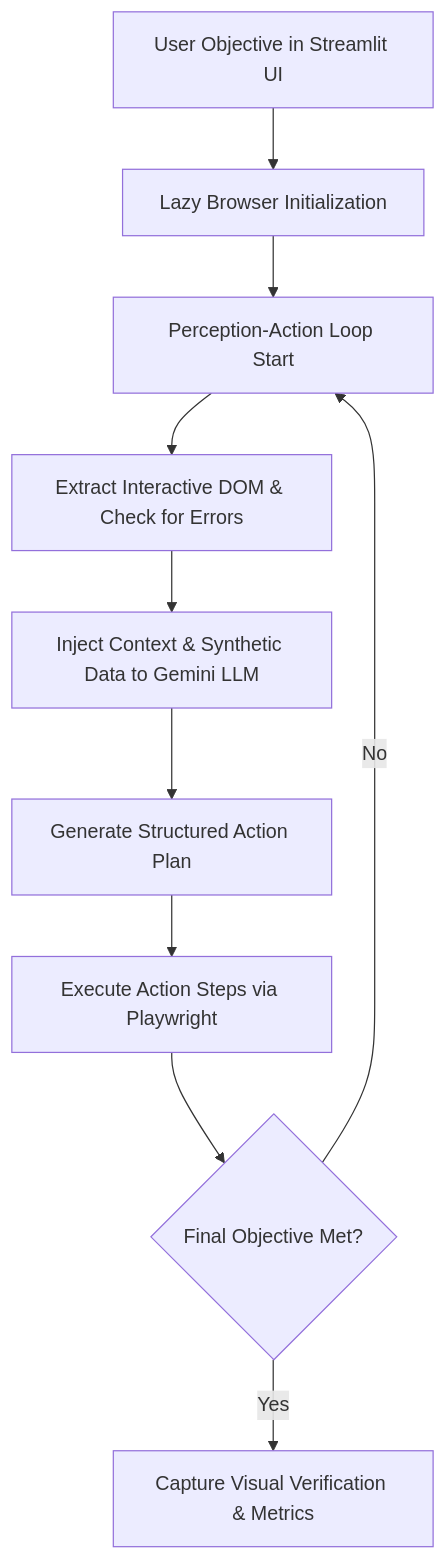
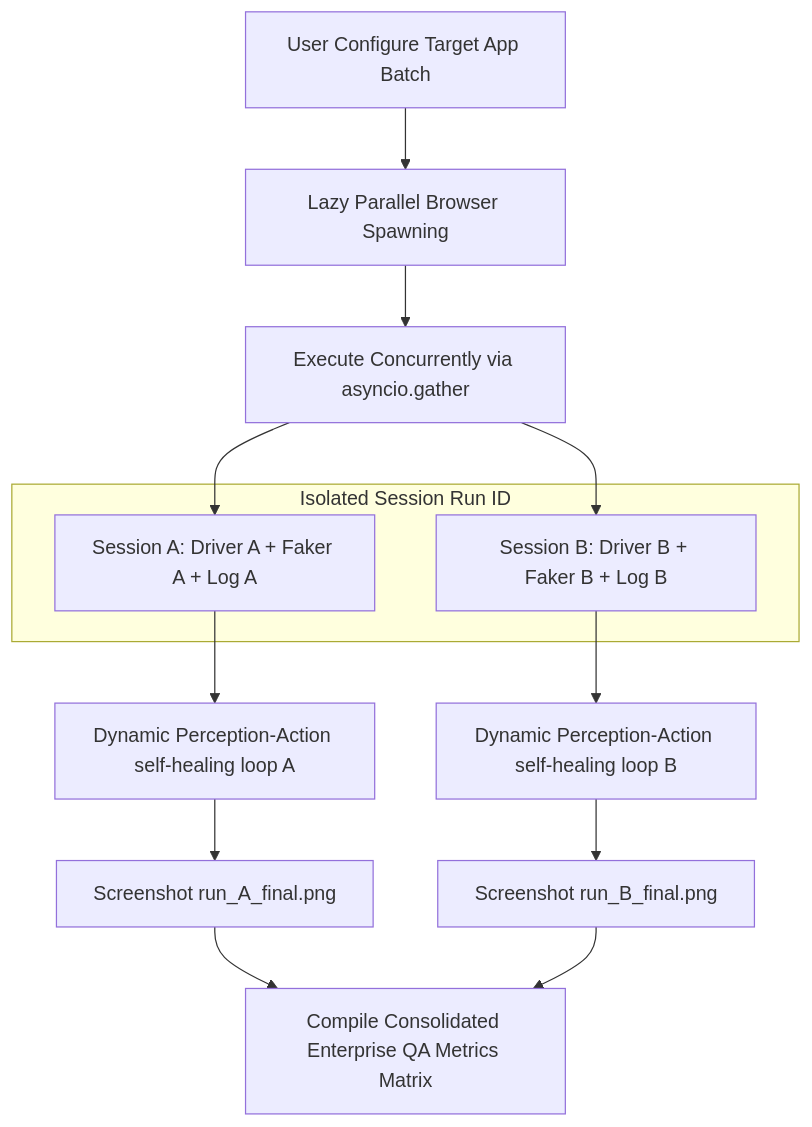
The diagram in README.md (Nikhil-OW/Agentic_AI), drawn with Mermaid before and after one commit. The commit also changed other lines of this file and 1 other file, not shown here.

Commit message:
style: streamline streamlit ui layout with tabular input grids and split screen execution logs

````diff
--- a/README.md
+++ b/README.md
@@ -14,12 +14,17 @@
 ```mermaid
 graph TD
-    A[User Objective in Streamlit UI] --> B[Lazy Browser Initialization]
-    B --> C[Perception-Action Loop Start]
-    C --> D[Extract Interactive DOM & Check for Errors]
-    D --> E[Inject Context & Synthetic Data to Gemini LLM]
-    E --> F[Generate Structured Action Plan]
-    F --> G[Execute Action Steps via Playwright]
-    G --> H{Final Objective Met?}
-    H -- No --> C
-    H -- Yes --> I[Capture Visual Verification & Metrics]
+    A[User Configure Target App Batch] --> B[Lazy Parallel Browser Spawning]
+    B --> C[Execute Concurrently via asyncio.gather]
+    subgraph Isolated Session Run ID
+        C1[Session A: Driver A + Faker A + Log A]
+        C2[Session B: Driver B + Faker B + Log B]
+    end
+    C --> C1
+    C --> C2
+    C1 --> D1[Dynamic Perception-Action self-healing loop A]
+    C2 --> D2[Dynamic Perception-Action self-healing loop B]
+    D1 --> E1[Screenshot run_A_final.png]
+    D2 --> E2[Screenshot run_B_final.png]
+    E1 --> F[Compile Consolidated Enterprise QA Metrics Matrix]
+    E2 --> F
 ```
````
